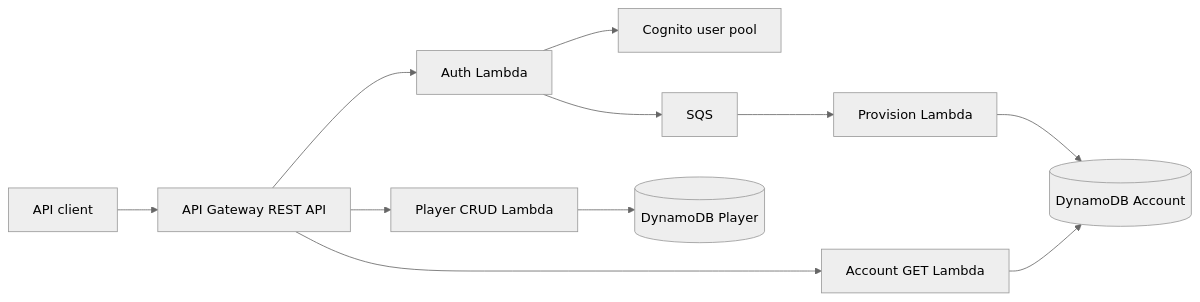
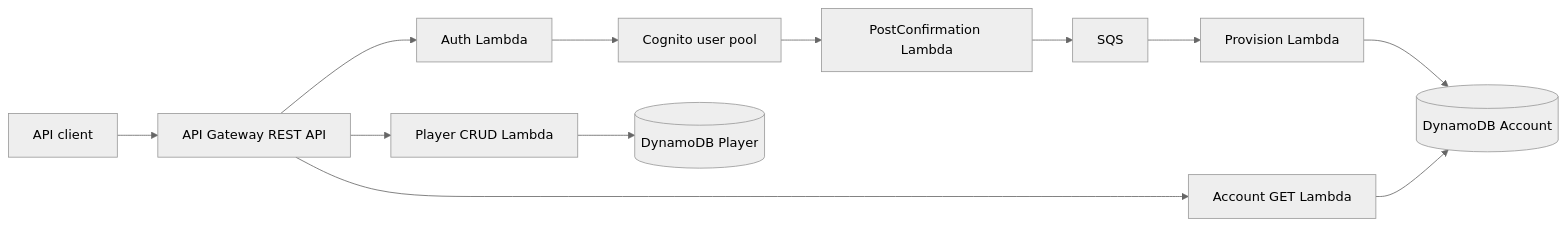
One commit to ryjen/janus-api changed the diagram in README.md. Above: the diagram before and after it, drawn with Mermaid (neutral theme). The commit also changed other lines of this file and 4 other files, not shown here.

Commit message:
docs: reconcile signup diagrams with verified post-confirmation flow

````diff
--- a/README.md
+++ b/README.md
@@ -9,13 +9,14 @@
 ```mermaid
 flowchart LR
     Client[API client] --> API[API Gateway REST API]
     API --> Auth[Auth Lambda]
     API --> Account[Account GET Lambda]
     API --> Player[Player CRUD Lambda]
     Auth --> Cognito[Cognito user pool]
-    Auth --> Queue[SQS]
+    Cognito --> Confirmed[PostConfirmation Lambda]
+    Confirmed --> Queue[SQS]
     Queue --> Provision[Provision Lambda]
     Provision --> AccountDB[(DynamoDB Account)]
     Account --> AccountDB
     Player --> PlayerDB[(DynamoDB Player)]
 ```
````
